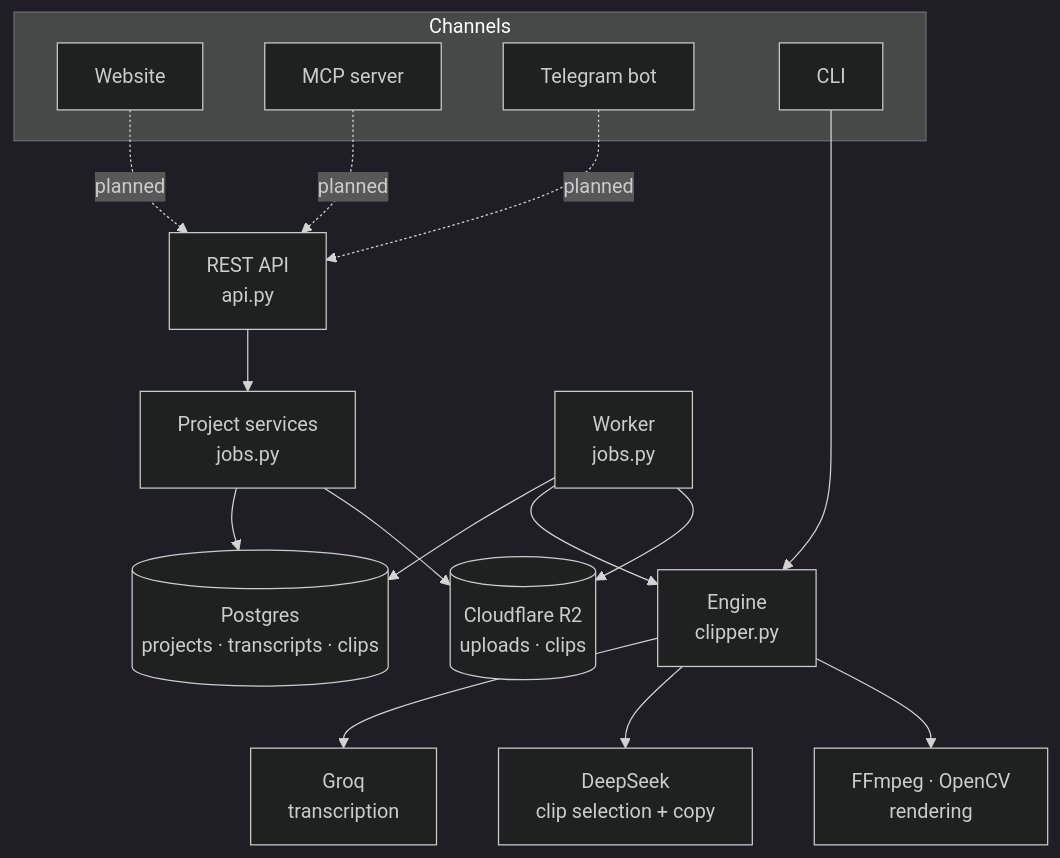
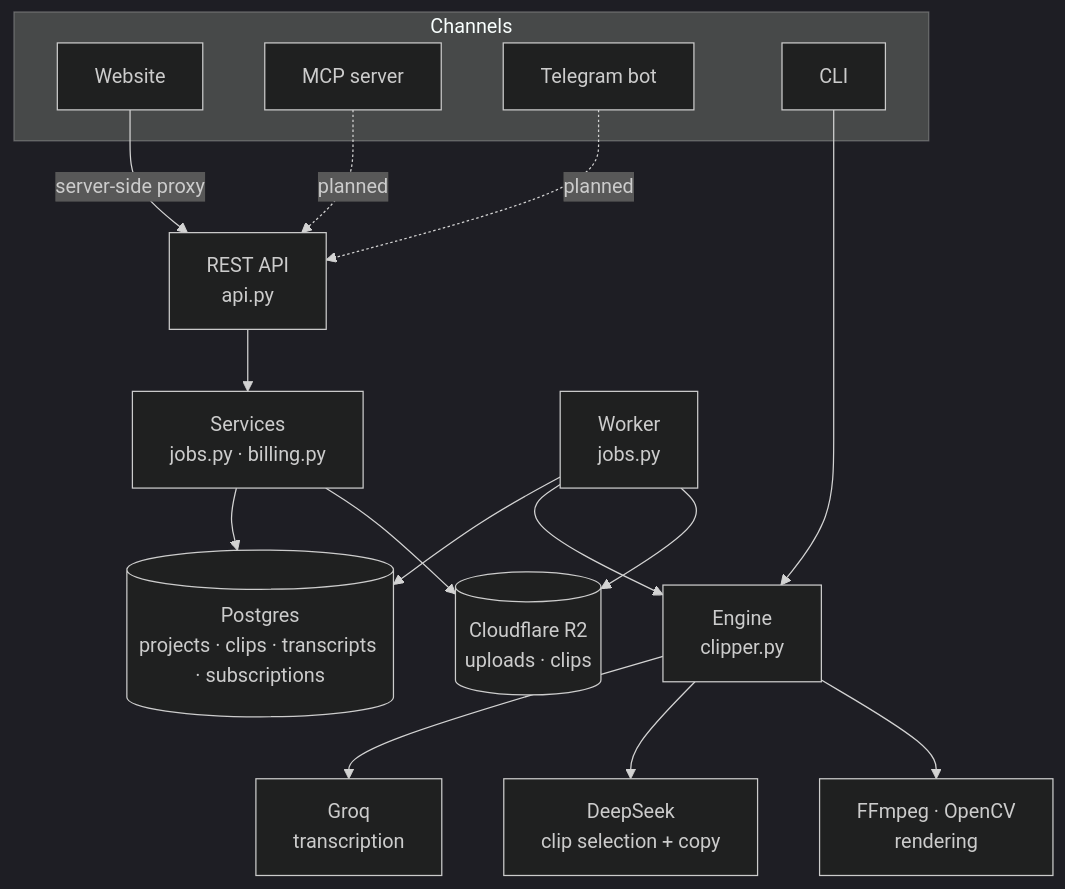
Before and after one commit to HasbiyallahuJafaru/ClipperAi: the second of 2 diagrams in README.md, drawn with Mermaid (dark theme). The commit also changed other lines of this file and 43 other files, not shown here.

````diff
--- a/README.md
+++ b/README.md
@@ -95,22 +98,22 @@
 ```mermaid
 flowchart TB
     subgraph Channels
         W[Website]
         M[MCP server]
         T[Telegram bot]
         CLI[CLI]
     end
-    W -. planned .-> API
+    W -->|server-side proxy| API
     M -. planned .-> API
     T -. planned .-> API
-    API[REST API<br/>api.py] --> S[Project services<br/>jobs.py]
-    S --> PG[(Postgres<br/>projects · transcripts · clips)]
+    API[REST API<br/>api.py] --> S[Services<br/>jobs.py · billing.py]
+    S --> PG[(Postgres<br/>projects · clips · transcripts · subscriptions)]
     WK[Worker<br/>jobs.py] --> PG
     WK --> ENG[Engine<br/>clipper.py]
     CLI --> ENG
     ENG --> GQ[Groq<br/>transcription]
     ENG --> DS[DeepSeek<br/>clip selection + copy]
     ENG --> FF[FFmpeg · OpenCV<br/>rendering]
     WK --> R2[(Cloudflare R2<br/>uploads · clips)]
     S --> R2
 ```
````
